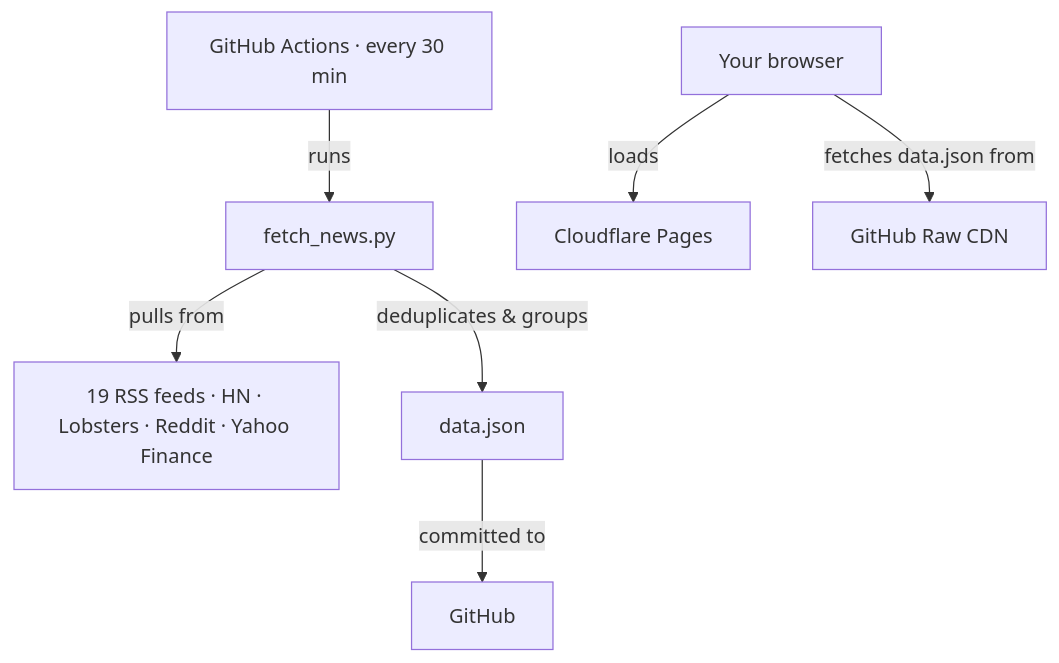
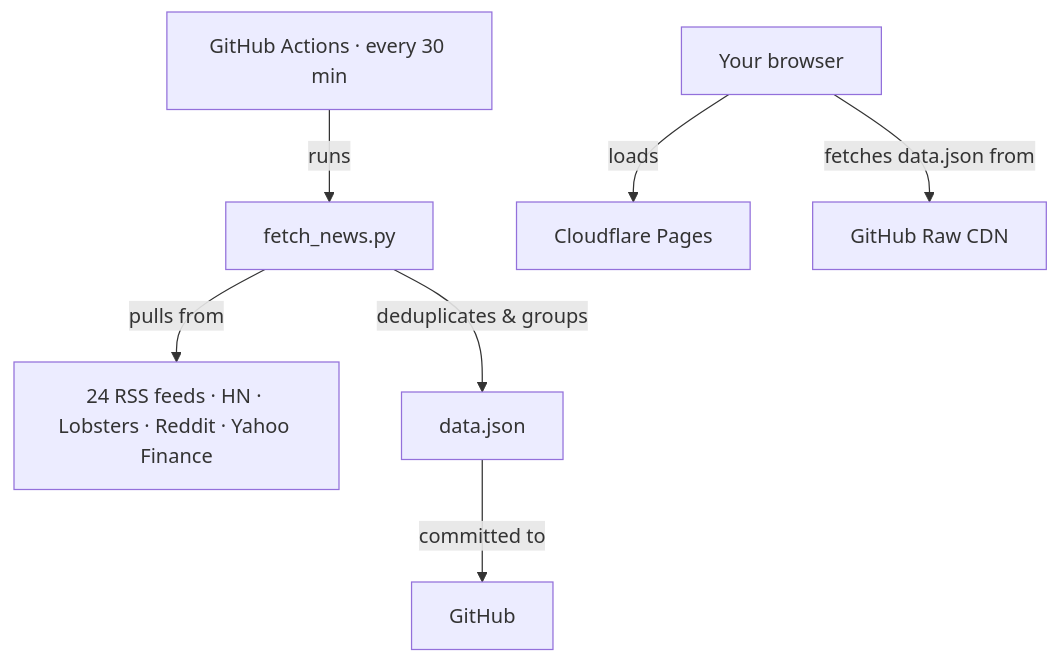
Before and after one commit to nkurien/world-state-news: the diagram in README.md, drawn with Mermaid. The commit also changed other lines of this file and 5 other files, not shown here.

````diff
--- a/README.md
+++ b/README.md
@@ -23,9 +23,9 @@
 ```mermaid
 graph TD
     Cron[GitHub Actions · every 30 min] -->|runs| Py[fetch_news.py]
-    Py -->|pulls from| Sources[19 RSS feeds · HN · Lobsters · Reddit · Yahoo Finance]
+    Py -->|pulls from| Sources[24 RSS feeds · HN · Lobsters · Reddit · Yahoo Finance]
     Py -->|deduplicates & groups| JSON[data.json]
     JSON -->|committed to| Repo[GitHub]
     Browser[Your browser] -->|loads| CF[Cloudflare Pages]
     Browser -->|fetches data.json from| CDN[GitHub Raw CDN]
 ```
````
